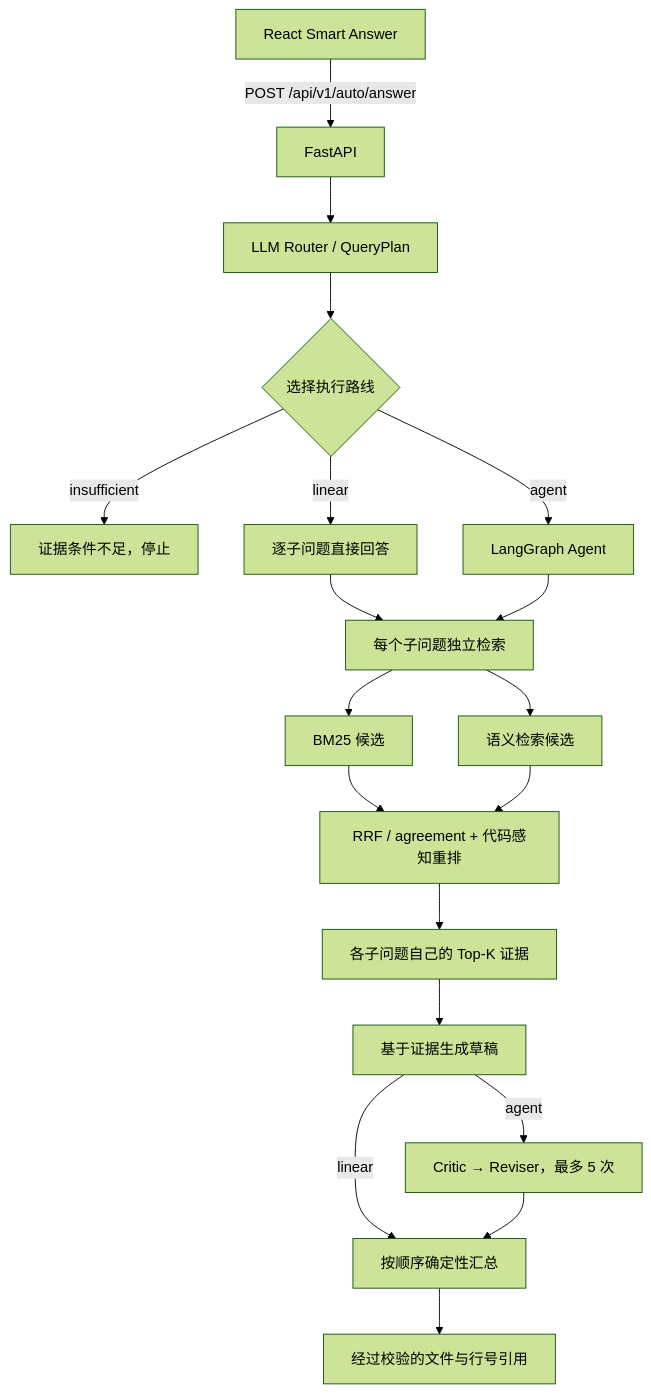
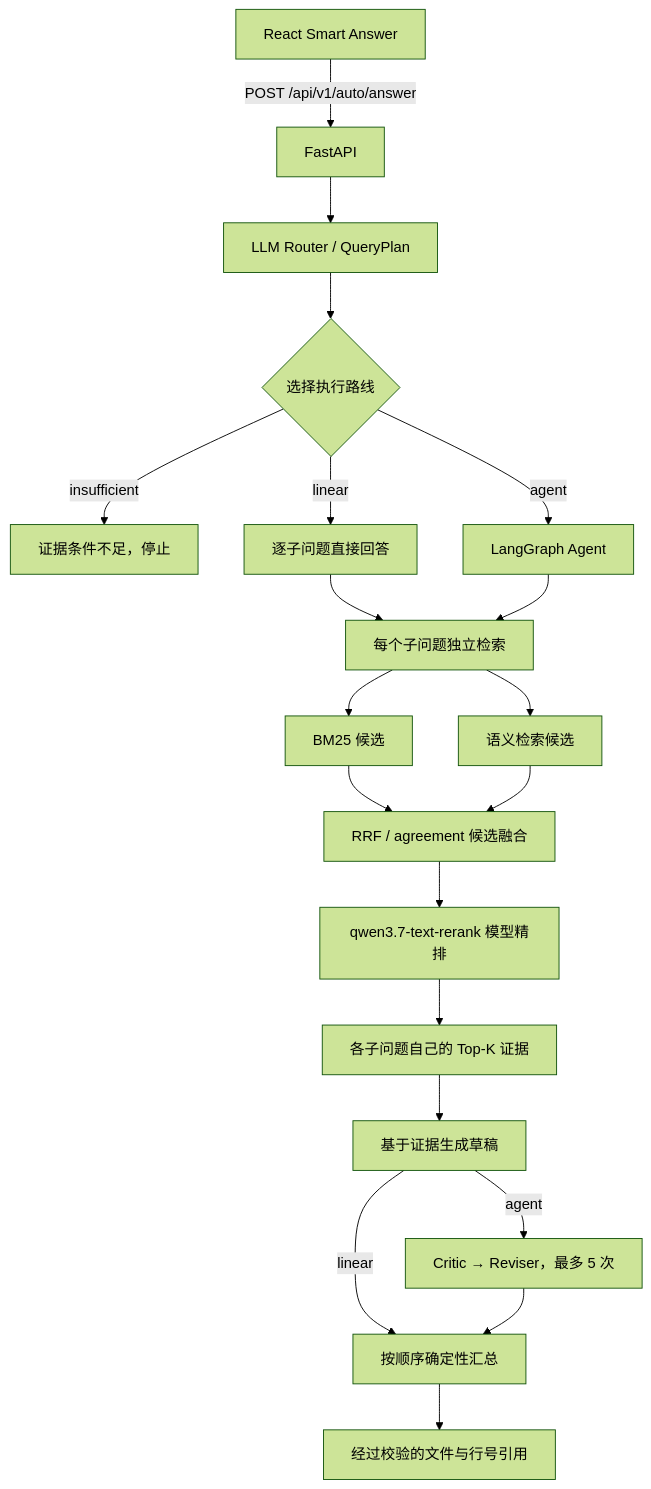
The diagram in README.md (GGBond121211/CodeInsight), drawn with Mermaid (forest theme) before and after one commit. The commit also changed other lines of this file and 161 other files, not shown here.

````diff
--- a/README.md
+++ b/README.md
@@ -33,22 +39,23 @@
 ```mermaid
 flowchart TD
     UI["React Smart Answer"] -->|"POST /api/v1/auto/answer"| API["FastAPI"]
     API --> ROUTER["LLM Router / QueryPlan"]
     ROUTER --> ROUTE{"选择执行路线"}
     ROUTE -->|"insufficient"| STOP["证据条件不足，停止"]
     ROUTE -->|"linear"| LINEAR["逐子问题直接回答"]
     ROUTE -->|"agent"| AGENT["LangGraph Agent"]
 
     LINEAR --> RETRIEVE["每个子问题独立检索"]
     AGENT --> RETRIEVE
     RETRIEVE --> BM25["BM25 候选"]
     RETRIEVE --> SEM["语义检索候选"]
-    BM25 --> RERANK["RRF / agreement + 代码感知重排"]
-    SEM --> RERANK
+    BM25 --> RRF["RRF / agreement 候选融合"]
+    SEM --> RRF
+    RRF --> RERANK["qwen3.7-text-rerank 模型精排"]
     RERANK --> EVIDENCE["各子问题自己的 Top-K 证据"]
     EVIDENCE --> DRAFT["基于证据生成草稿"]
     DRAFT -->|"linear"| MERGE["按顺序确定性汇总"]
     DRAFT -->|"agent"| CRITIC["Critic → Reviser，最多 5 次"]
     CRITIC --> MERGE
     MERGE --> CITATIONS["经过校验的文件与行号引用"]
 ```
````
